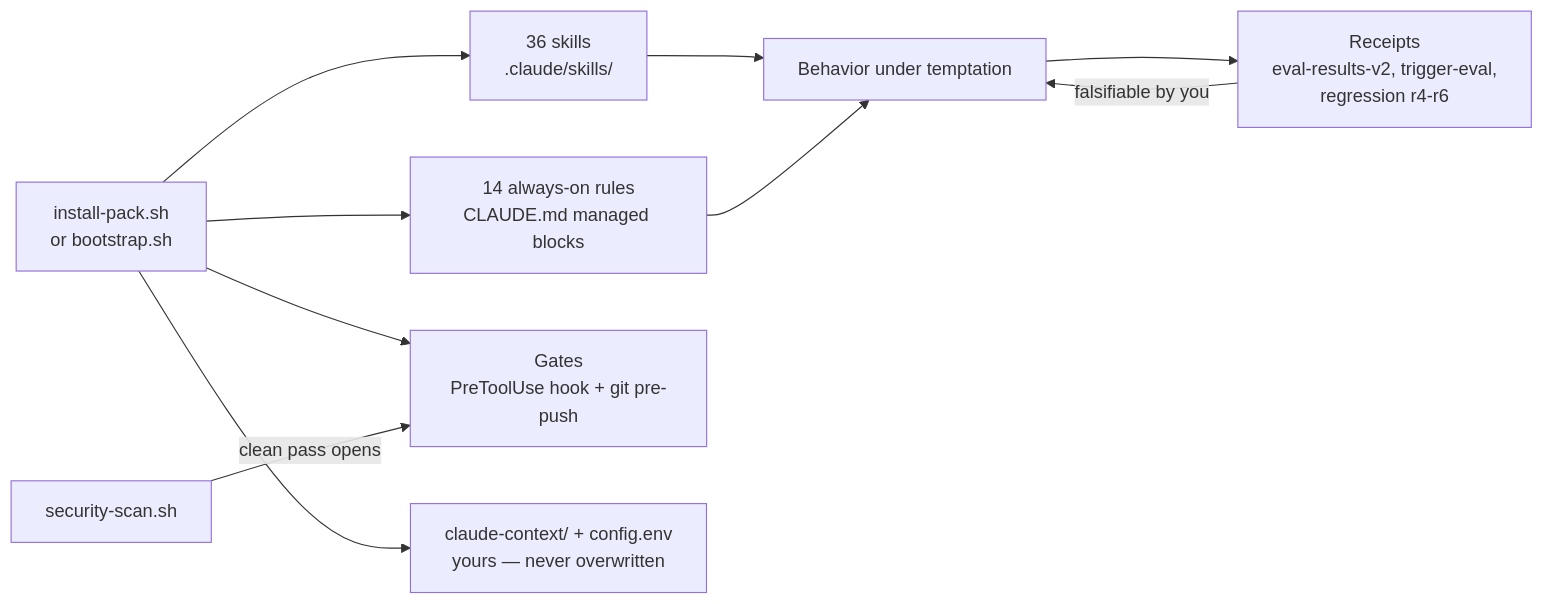
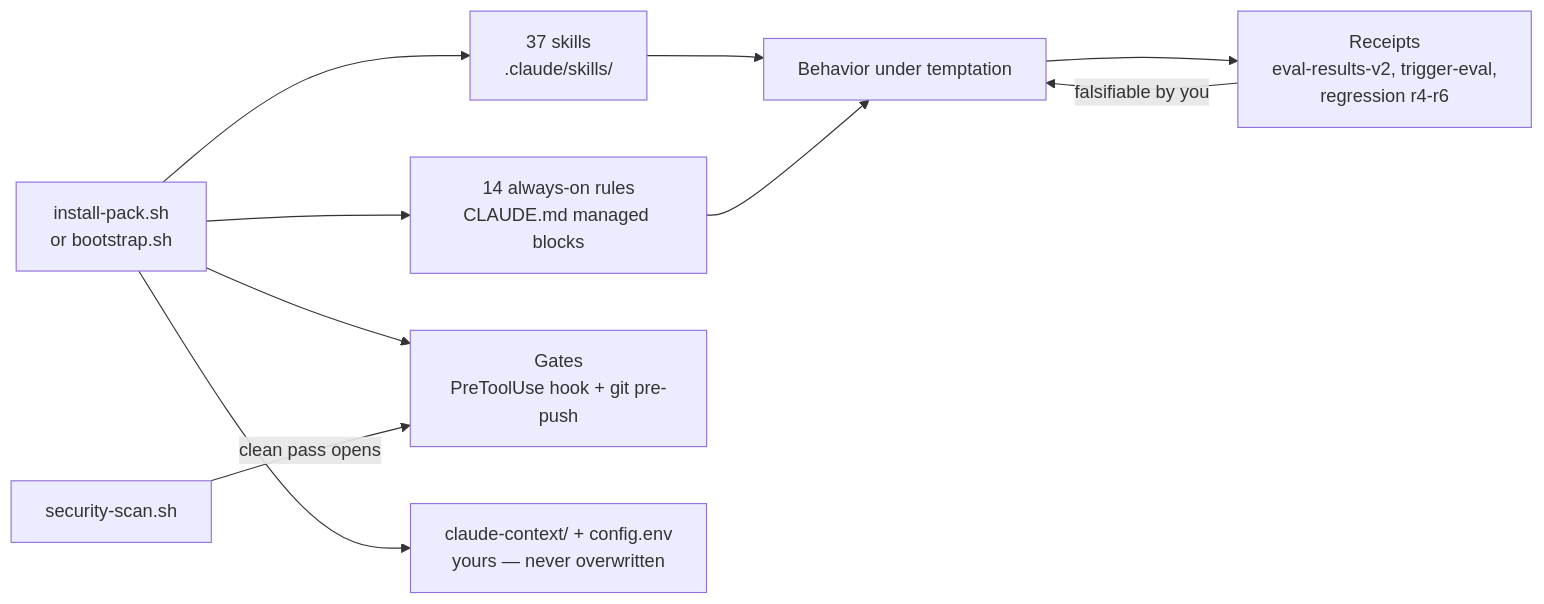
One commit to ralfyishere/rules-with-receipts changed the diagram in README.md. Above: the diagram before and after it, drawn with Mermaid. The commit also changed other lines of this file and 10 other files, not shown here.

````diff
--- a/README.md
+++ b/README.md
@@ -69,12 +69,12 @@
 ```mermaid
 flowchart LR
-    I[install-pack.sh<br/>or bootstrap.sh] --> S[36 skills<br/>.claude/skills/]
+    I[install-pack.sh<br/>or bootstrap.sh] --> S[37 skills<br/>.claude/skills/]
     I --> R[14 always-on rules<br/>CLAUDE.md managed blocks]
     I --> G[Gates<br/>PreToolUse hook + git pre-push]
     I --> P[claude-context/ + config.env<br/>yours — never overwritten]
     SC[security-scan.sh] -->|clean pass opens| G
     S --> B[Behavior under temptation]
     R --> B
     B --> E[Receipts<br/>eval-results-v2, trigger-eval,<br/>regression r4-r6]
     E -->|falsifiable by you| B
 ```
````
